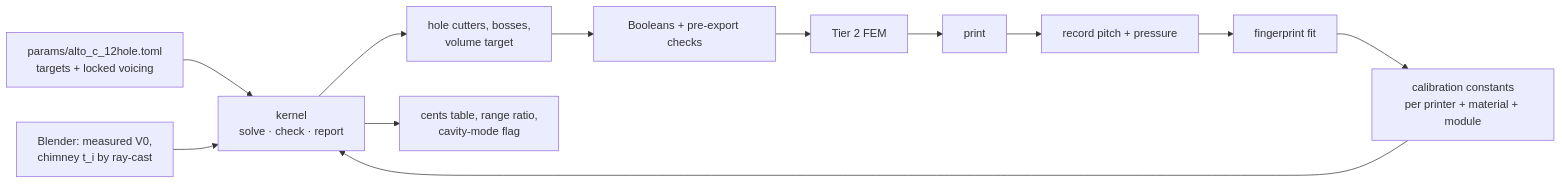
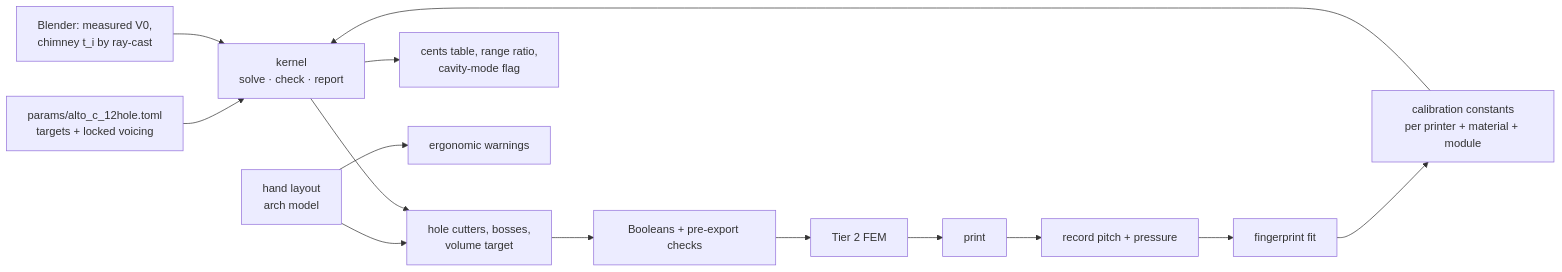
One commit to aleckmadrid/Parametric_alto_C_Ocarina changed the diagram in docs/02-unified-plan.md. Above: the diagram before and after it, drawn with Mermaid. The commit also changed other lines of this file and 15 other files, not shown here.

First line of the commit message:
Ergonomics review: hand layout findings, soft checks in the plan, research gaps

````diff
--- a/docs/02-unified-plan.md
+++ b/docs/02-unified-plan.md
@@ -40,10 +44,12 @@
 ```mermaid
 flowchart LR
   P["params/alto_c_12hole.toml<br/>targets + locked voicing"] --> K["kernel<br/>solve · check · report"]
   C["calibration constants<br/>per printer + material + module"] --> K
   M["Blender: measured V0,<br/>chimney t_i by ray-cast"] --> K
+  L["hand layout<br/>arch model"] --> H
   K --> H["hole cutters, bosses,<br/>volume target"]
   K --> R["cents table, range ratio,<br/>cavity-mode flag"]
+  L --> E["ergonomic warnings"]
   H --> B["Booleans + pre-export checks"]
   B --> F["Tier 2 FEM"] --> PR["print"] --> REC["record pitch + pressure"] --> FIT["fingerprint fit"] --> C
 ```
````
